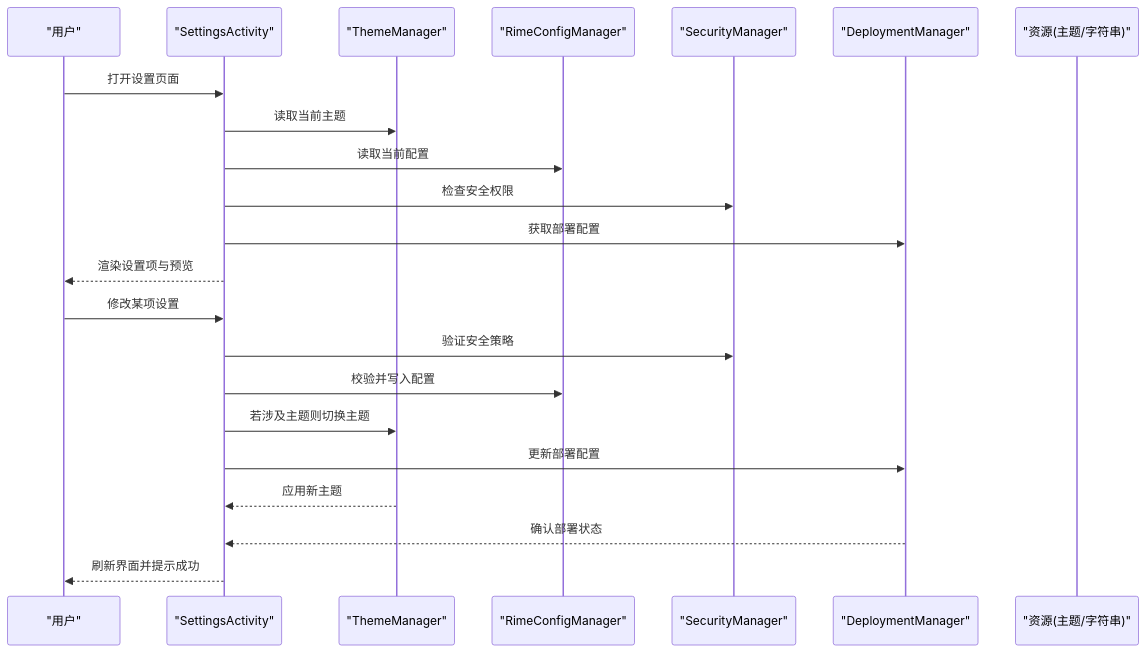
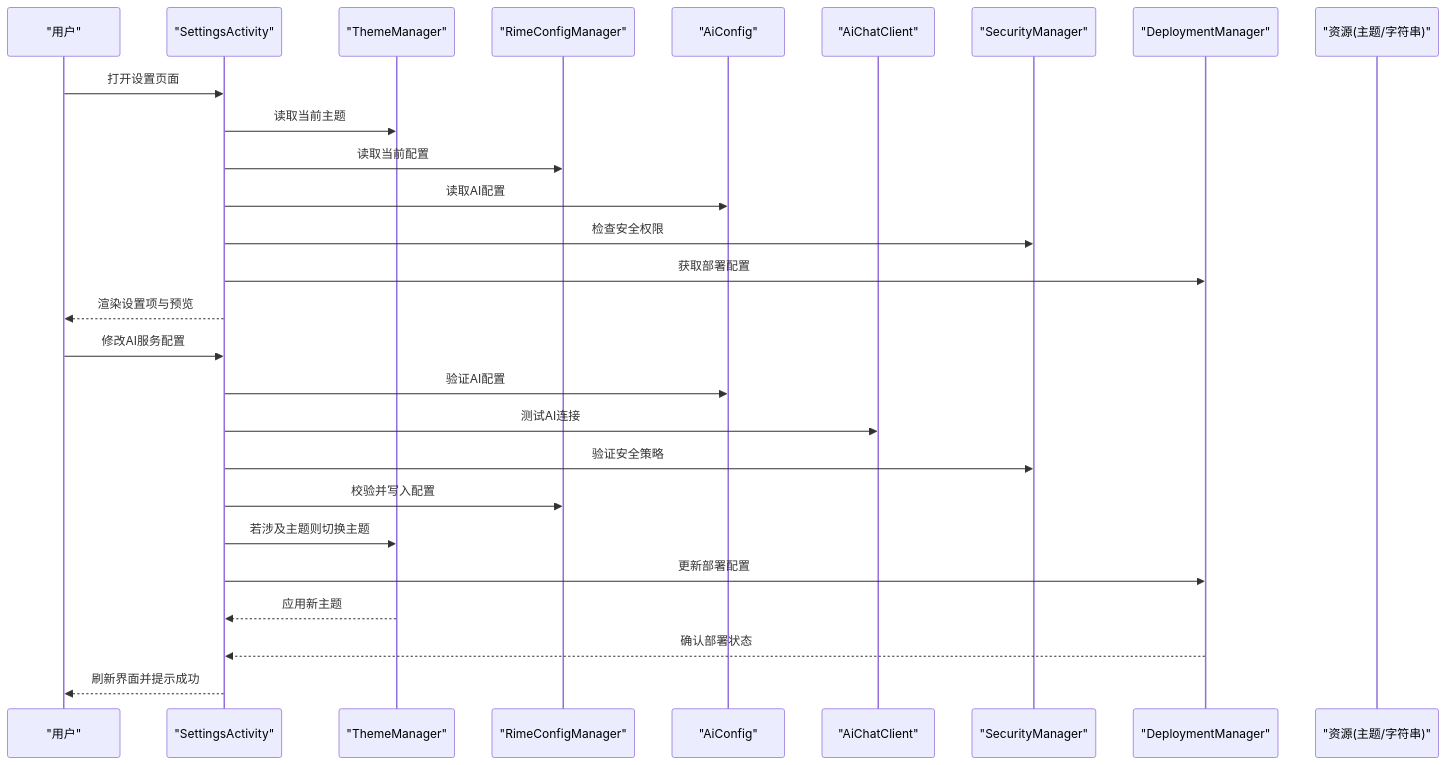
One commit to qiaodashaoye/ziyou-ime changed the second of 6 diagrams in .qoder/repowiki/zh/content/设置界面.md. Above: the diagram before and after it, drawn with Mermaid. The commit also changed other lines of this file and 3 other files, not shown here.

````diff
--- a/.qoder/repowiki/zh/content/设置界面.md
+++ b/.qoder/repowiki/zh/content/设置界面.md
@@ -109,24 +127,29 @@
 ```mermaid
 sequenceDiagram
 participant U as "用户"
 participant A as "SettingsActivity"
 participant T as "ThemeManager"
 participant C as "RimeConfigManager"
+participant AC as "AiConfig"
+participant ACC as "AiChatClient"
 participant S as "SecurityManager"
 participant D as "DeploymentManager"
 participant R as "资源(主题/字符串)"
 U->>A : 打开设置页面
 A->>T : 读取当前主题
 A->>C : 读取当前配置
+A->>AC : 读取AI配置
 A->>S : 检查安全权限
 A->>D : 获取部署配置
 A-->>U : 渲染设置项与预览
-U->>A : 修改某项设置
+U->>A : 修改AI服务配置
+A->>AC : 验证AI配置
+A->>ACC : 测试AI连接
 A->>S : 验证安全策略
 A->>C : 校验并写入配置
 A->>T : 若涉及主题则切换主题
 A->>D : 更新部署配置
 T-->>A : 应用新主题
 D-->>A : 确认部署状态
 A-->>U : 刷新界面并提示成功
 ```
````
